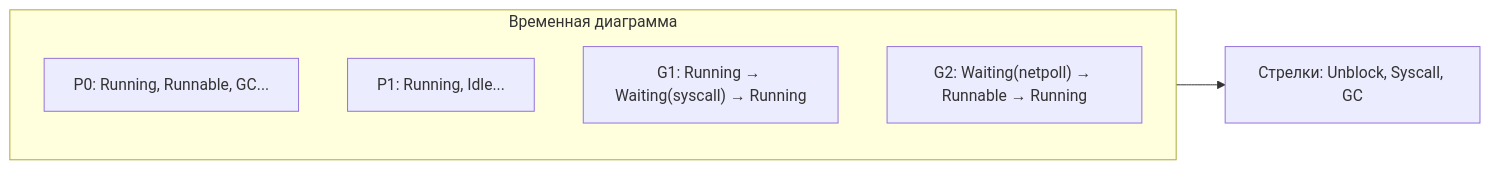
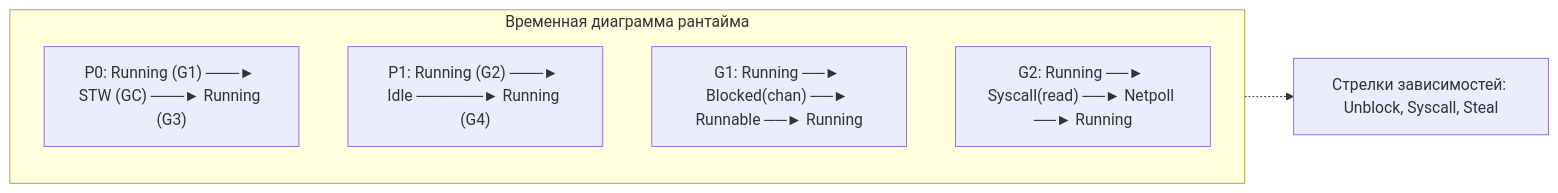
The third of 4 diagrams in sources/16. Профилирование, отладка и производительность/08. Runtime и инструменты/2. trace tool.md (UnrealTemplier/go-textbook), drawn with Mermaid before and after one commit. The commit also changed other lines of this file, not shown here.

````diff
--- a/sources/16. Профилирование, отладка и производительность/08. Runtime и инструменты/2. trace tool.md
+++ b/sources/16. Профилирование, отладка и производительность/08. Runtime и инструменты/2. trace tool.md
@@ -90,11 +140,11 @@
 ```mermaid
 flowchart LR
-    subgraph Timeline["Временная диаграмма"]
+    subgraph Timeline["Временная диаграмма рантайма"]
         direction TB
-        Proc1["P0: Running, Runnable, GC..."]
-        Proc2["P1: Running, Idle..."]
-        G1["G1: Running → Waiting(syscall) → Running"]
-        G2["G2: Waiting(netpoll) → Runnable → Running"]
+        Proc1["P0: Running (G1) ───► STW (GC) ───► Running (G3)"]
+        Proc2["P1: Running (G2) ───► Idle ──────► Running (G4)"]
+        G1["G1: Running ──► Blocked(chan) ──► Runnable ──► Running"]
+        G2["G2: Running ──► Syscall(read) ──► Netpoll ──► Running"]
     end
-    Proc1 --> Event["Стрелки: Unblock, Syscall, GC"]
+    Proc1 -.-> Event["Стрелки зависимостей: Unblock, Syscall, Steal"]
 ```
````
